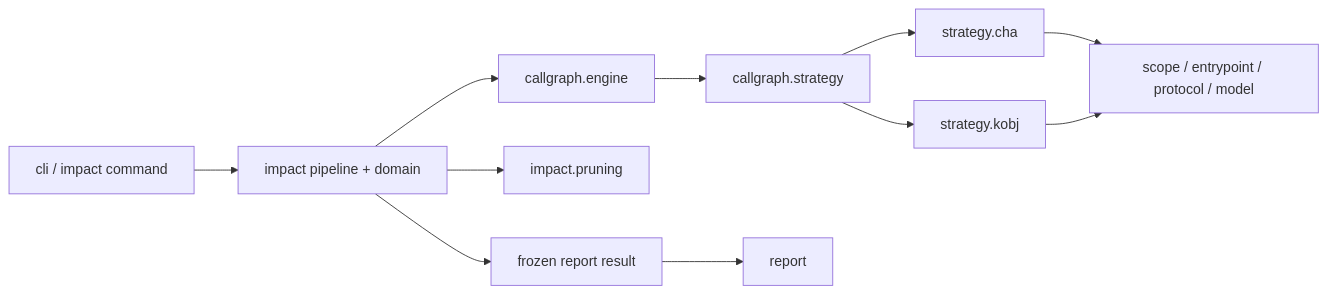
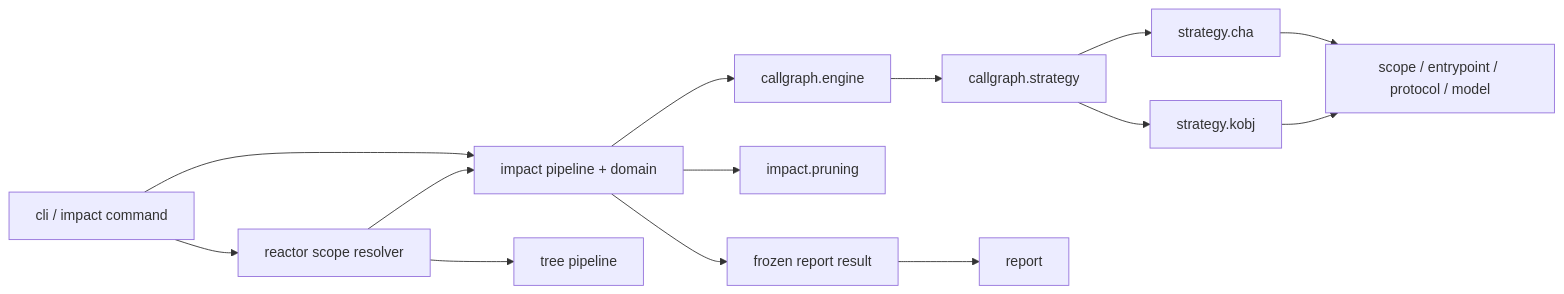
Before and after one commit to ymyii/change-impact-analyze: the first of 2 diagrams in wiki/architecture/dependency-analysis-pipelines.md, drawn with Mermaid. The commit also changed other lines of this file and 44 other files, not shown here.

First line of the commit message:
feat(reactor)!: unify tree and impact Maven scope resolution

````diff
--- a/wiki/architecture/dependency-analysis-pipelines.md
+++ b/wiki/architecture/dependency-analysis-pipelines.md
@@ -73,13 +88,16 @@
 ```mermaid
 flowchart LR
   CLI["cli / impact command"] --> Impact["impact pipeline + domain"]
+  CLI --> Reactor["reactor scope resolver"]
+  Reactor --> Impact
+  Reactor --> Tree["tree pipeline"]
   Impact --> Engine["callgraph.engine"]
   Engine --> Strategy["callgraph.strategy"]
   Strategy --> CHA["strategy.cha"]
   Strategy --> KObj["strategy.kobj"]
   CHA --> Common["scope / entrypoint / protocol / model"]
   KObj --> Common
   Impact --> Pruning["impact.pruning"]
   Impact --> Snapshot["frozen report result"]
   Snapshot --> Report["report"]
 ```
````
